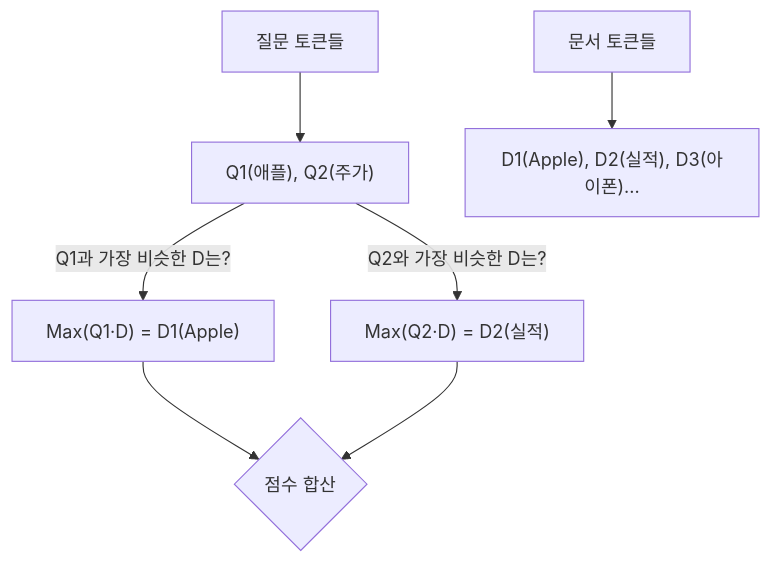
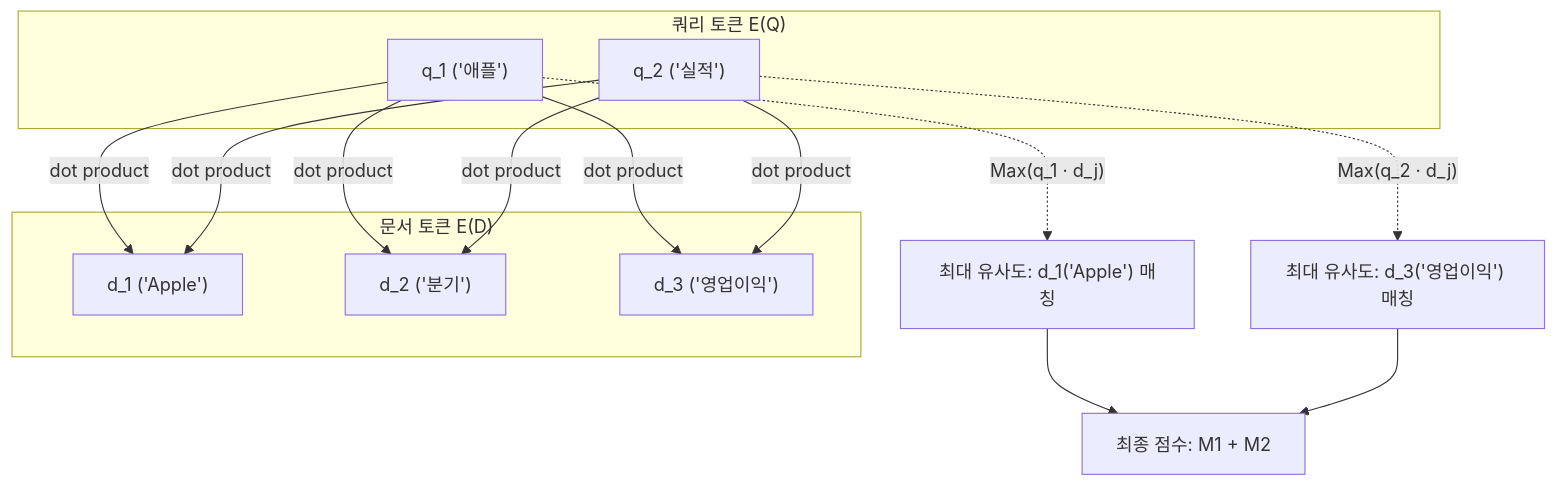
One commit to Ricepunchb/Idsh-obsidian-garden changed the second of 2 diagrams in content/study/Late Interaction.md. Above: the diagram before and after it, drawn with Mermaid. The commit also changed other lines of this file and 3 other files, not shown here.

````diff
--- a/content/study/Late Interaction.md
+++ b/content/study/Late Interaction.md
@@ -40,10 +57,21 @@
 ```mermaid
 graph TD
-    Q[질문 토큰들] --> QT["Q1(애플), Q2(주가)"]
-    D[문서 토큰들] --> DT["D1(Apple), D2(실적), D3(아이폰)..."]
-    
-    QT --"Q1과 가장 비슷한 D는?"--> Match1["Max(Q1·D) = D1(Apple)"]
-    QT --"Q2와 가장 비슷한 D는?"--> Match2["Max(Q2·D) = D2(실적)"]
-    
-    Match1 & Match2 --> Sum{점수 합산}
+    subgraph QueryTokens["쿼리 토큰 E(Q)"]
+        Q1["q_1 ('애플')"]
+        Q2["q_2 ('실적')"]
+    end
+
+    subgraph DocTokens["문서 토큰 E(D)"]
+        D1["d_1 ('Apple')"]
+        D2["d_2 ('분기')"]
+        D3["d_3 ('영업이익')"]
+    end
+
+    Q1 -->|"dot product"| D1 & D2 & D3
+    Q2 -->|"dot product"| D1 & D2 & D3
+
+    Q1 -. "Max(q_1 · d_j)" .-> M1["최대 유사도: d_1('Apple') 매칭"]
+    Q2 -. "Max(q_2 · d_j)" .-> M2["최대 유사도: d_3('영업이익') 매칭"]
+
+    M1 & M2 --> SumScore["최종 점수: M1 + M2"]
 ```
````
